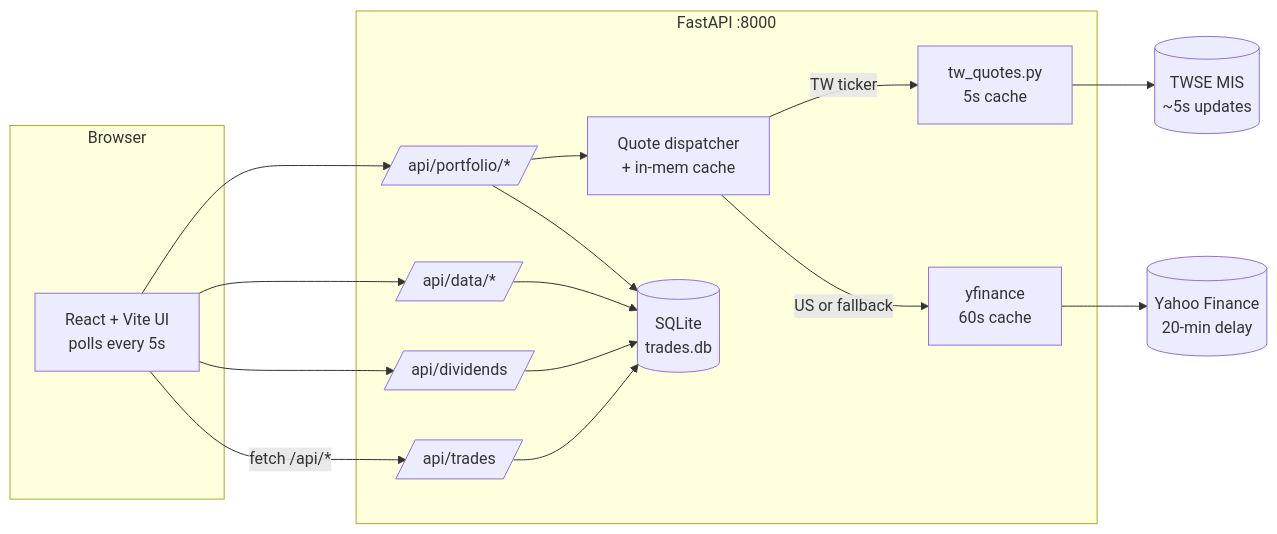
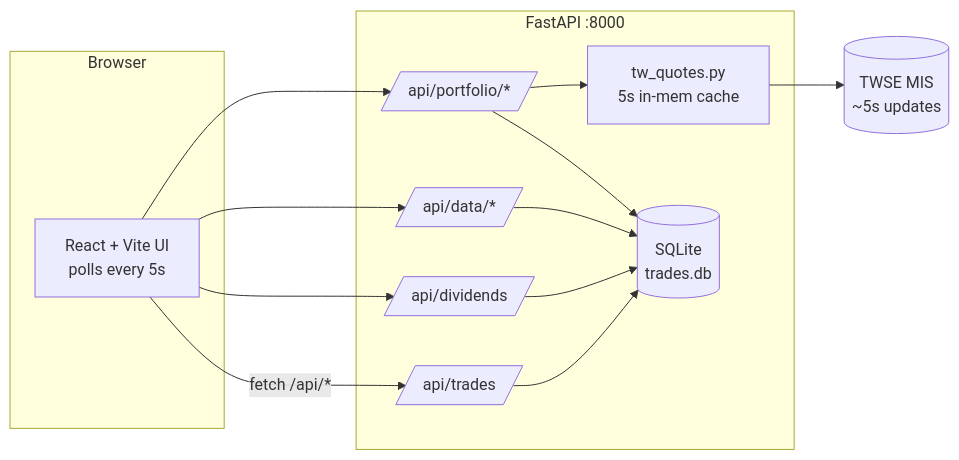
One commit to jimmy19981226/stock-tracker changed the diagram in README.md. Above: the diagram before and after it, drawn with Mermaid. The commit also changed other lines of this file and 10 other files, not shown here.

````diff
--- a/README.md
+++ b/README.md
@@ -108,32 +110,26 @@
 ```mermaid
 flowchart LR
   subgraph Browser
     UI[React + Vite UI<br/>polls every 5s]
   end
   subgraph Backend["FastAPI :8000"]
     Trades[/api/trades/]
     Dividends[/api/dividends/]
     Portfolio[/api/portfolio/*/]
     Data[/api/data/*/]
-    Quotes[Quote dispatcher<br/>+ in-mem cache]
-    TwQuotes[tw_quotes.py<br/>5s cache]
-    YfQuotes[yfinance<br/>60s cache]
+    Quotes[tw_quotes.py<br/>5s in-mem cache]
     DB[(SQLite<br/>trades.db)]
   end
   TWSE[(TWSE MIS<br/>~5s updates)]
-  Yahoo[(Yahoo Finance<br/>20-min delay)]
 
   UI -- "fetch /api/*" --> Trades
   UI --> Dividends
   UI --> Portfolio
   UI --> Data
   Trades --> DB
   Dividends --> DB
   Data --> DB
   Portfolio --> DB
   Portfolio --> Quotes
-  Quotes -->|TW ticker| TwQuotes
-  Quotes -->|US or fallback| YfQuotes
-  TwQuotes --> TWSE
-  YfQuotes --> Yahoo
+  Quotes --> TWSE
 ```
````
